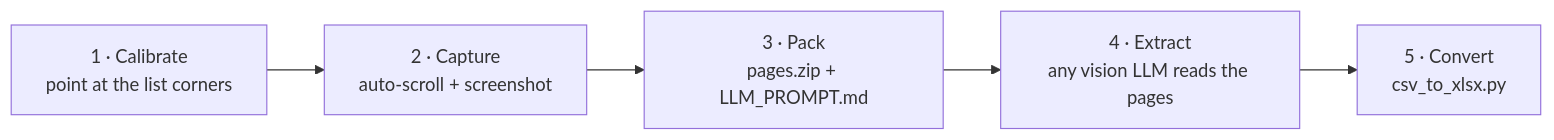
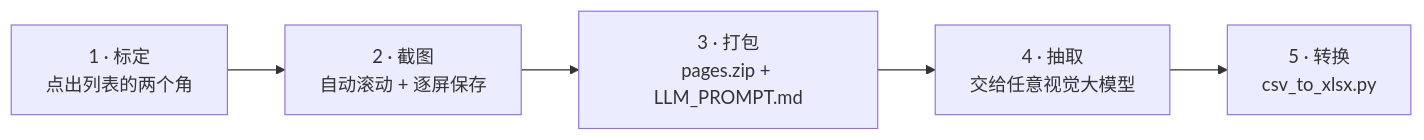
The diagram in README.md (Signal-M/screen-list-capturer), drawn with Mermaid before and after one commit. The commit also changed other lines of this file and 3 other files, not shown here.

````diff
--- a/README.md
+++ b/README.md
@@ -23,7 +44,7 @@
 ```mermaid
 flowchart LR
-    A["1 · Calibrate<br/>point at the list corners"] --> B["2 · Capture<br/>auto-scroll + screenshot"]
-    B --> C["3 · Pack<br/>pages.zip + LLM_PROMPT.md"]
-    C --> D["4 · Extract<br/>any vision LLM reads the pages"]
-    D --> E["5 · Convert<br/>csv_to_xlsx.py"]
+    A["1 · 标定<br/>点出列表的两个角"] --> B["2 · 截图<br/>自动滚动 + 逐屏保存"]
+    B --> C["3 · 打包<br/>pages.zip + LLM_PROMPT.md"]
+    C --> D["4 · 抽取<br/>交给任意视觉大模型"]
+    D --> E["5 · 转换<br/>csv_to_xlsx.py"]
 ```
````
